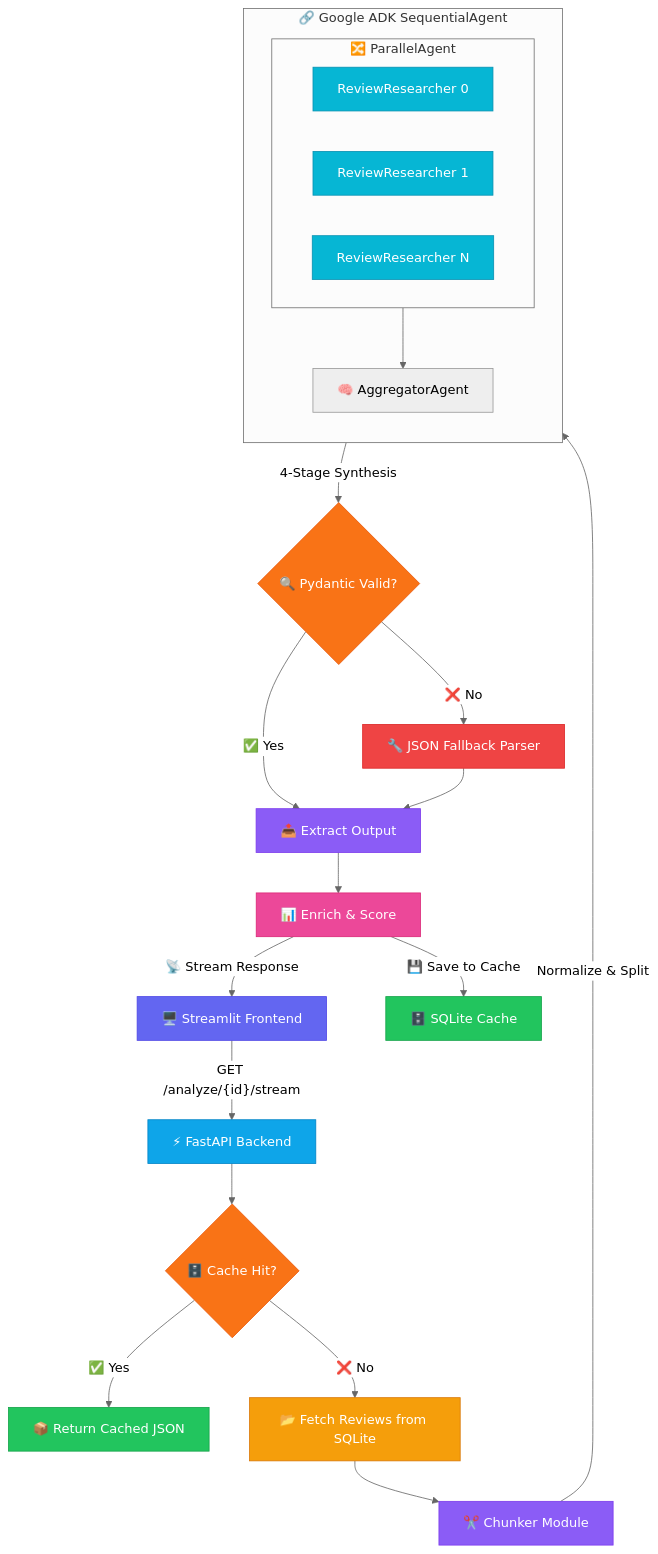
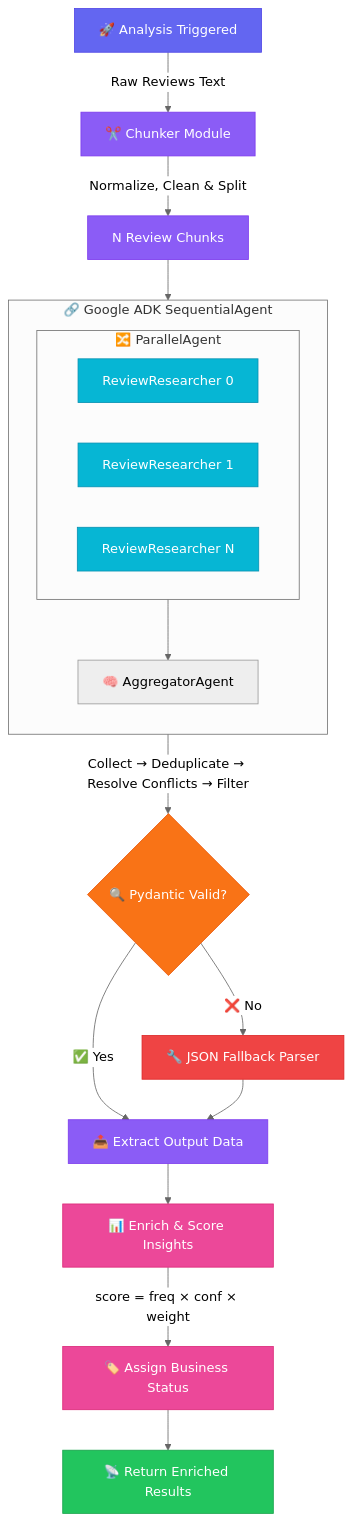
Before and after one commit to mhlohh/ai_business_insight: the diagram in README.md, drawn with Mermaid (neutral theme). The commit also changed 1 other file, not shown here.

Commit message:
docs: overhaul technical documentation with detailed pipeline flow, database schema diagrams, and structured system architecture tables.

````diff
--- a/README.md
+++ b/README.md
@@ -24,42 +24,36 @@
 ```mermaid
 graph TD
-    A["🖥️ Streamlit Frontend"]:::frontend -->|"GET /analyze/{id}/stream"| B["⚡ FastAPI Backend"]:::backend
+    A["🚀 Analysis Triggered"]:::trigger -->|"Raw Reviews Text"| B["✂️ Chunker Module"]:::processing
+    B -->|"Normalize, Clean & Split"| C["N Review Chunks"]:::processing
 
-    B --> C{"🗄️ Cache Hit?"}:::decision
-    C -->|"✅ Yes"| Z["📦 Return Cached JSON"]:::cache
-    C -->|"❌ No"| D["📂 Fetch Reviews from SQLite"]:::database
-
-    D --> E["✂️ Chunker Module"]:::processing
-    E -->|"Normalize & Split"| SEQ
+    C --> SEQ
 
     subgraph SEQ ["🔗 Google ADK SequentialAgent"]
         direction TB
-        PAR["🔀 ParallelAgent"] --> AGG["🧠 AggregatorAgent"]
+        PAR --> AGG["🧠 AggregatorAgent"]
     end
 
     subgraph PAR ["🔀 ParallelAgent"]
         direction LR
         R0["ReviewResearcher 0"]:::agent
         R1["ReviewResearcher 1"]:::agent
         RN["ReviewResearcher N"]:::agent
     end
 
-    AGG -->|"4-Stage Synthesis"| VAL{"🔍 Pydantic Valid?"}:::decision
-    VAL -->|"✅ Yes"| EXT["📤 Extract Output"]:::processing
+    AGG -->|"Collect → Deduplicate → Resolve Conflicts → Filter"| VAL{"🔍 Pydantic Valid?"}:::decision
+    VAL -->|"✅ Yes"| EXT["📤 Extract Output Data"]:::processing
     VAL -->|"❌ No"| FB["🔧 JSON Fallback Parser"]:::fallback
     FB --> EXT
 
-    EXT --> ENR["📊 Enrich & Score"]:::scoring
-    ENR -->|"💾 Save to Cache"| M["🗄️ SQLite Cache"]:::cache
-    ENR -->|"📡 Stream Response"| A
+    EXT --> ENR["📊 Enrich & Score Insights"]:::scoring
+    ENR -->|"score = freq × conf × weight"| STATUS["🏷️ Assign Business Status"]:::scoring
+    STATUS --> OUT["📡 Return Enriched Results"]:::result
 
-    classDef frontend fill:#6366f1,stroke:#4f46e5,color:#fff
-    classDef backend fill:#0ea5e9,stroke:#0284c7,color:#fff
-    classDef database fill:#f59e0b,stroke:#d97706,color:#fff
+    classDef trigger fill:#6366f1,stroke:#4f46e5,color:#fff
     classDef processing fill:#8b5cf6,stroke:#7c3aed,color:#fff
     classDef agent fill:#06b6d4,stroke:#0891b2,color:#fff
     classDef decision fill:#f97316,stroke:#ea580c,color:#fff
-    classDef cache fill:#22c55e,stroke:#16a34a,color:#fff
     classDef fallback fill:#ef4444,stroke:#dc2626,color:#fff
     classDef scoring fill:#ec4899,stroke:#db2777,color:#fff
+    classDef result fill:#22c55e,stroke:#16a34a,color:#fff
 ```
````
